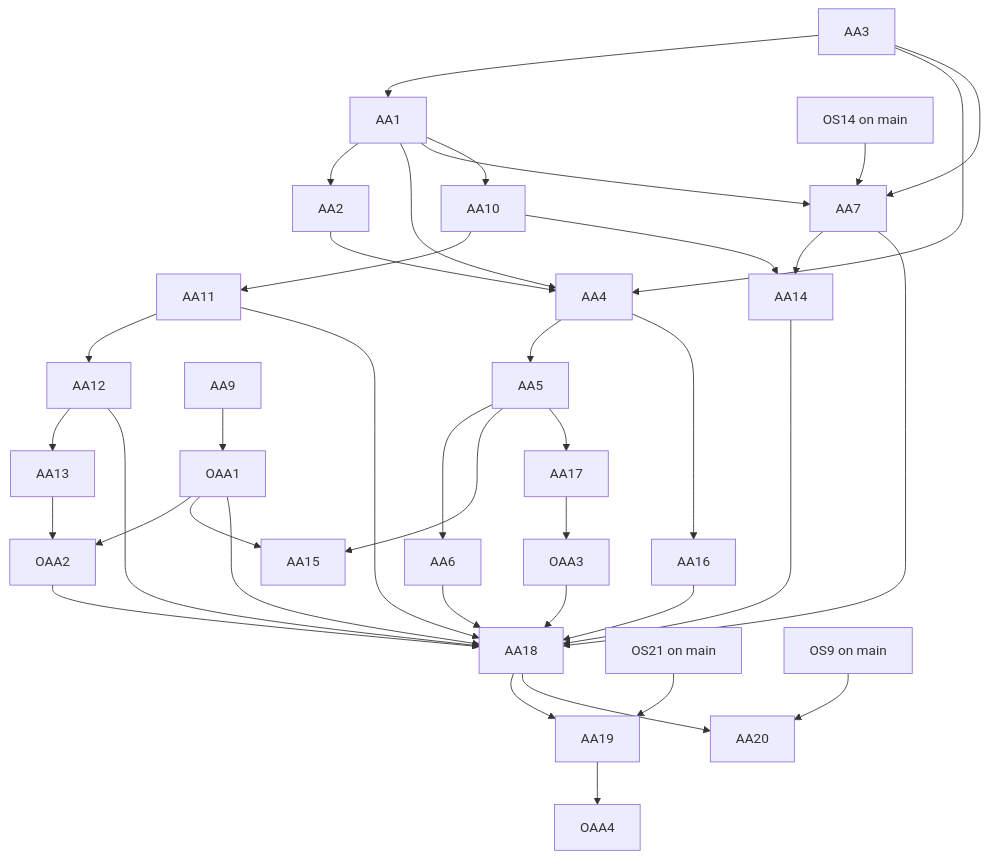
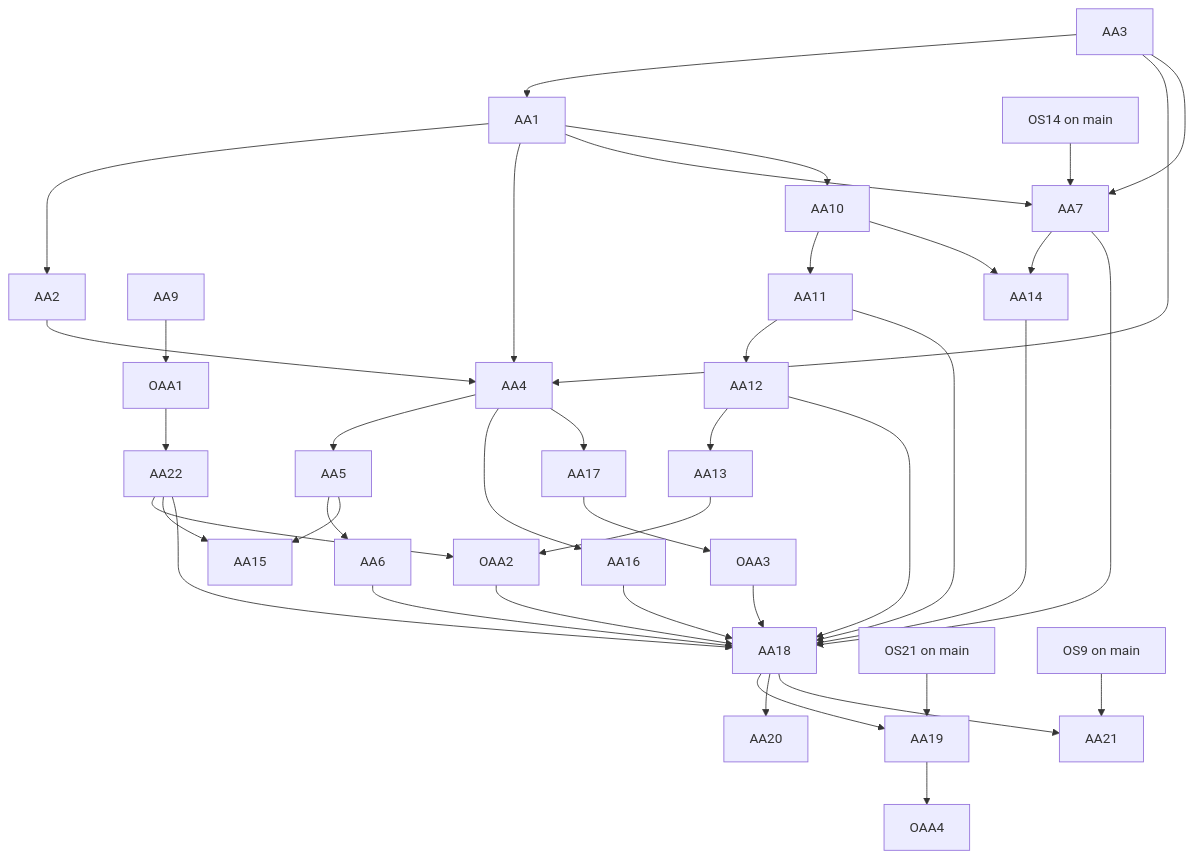
Before and after one commit to diy-accounting-uk/submit.diyaccounting.co.uk: the diagram in PLAN_AMENDED_ACCOUNTS.md, drawn with Mermaid. The commit also changed other lines of this file, not shown here.

````diff
--- a/PLAN_AMENDED_ACCOUNTS.md
+++ b/PLAN_AMENDED_ACCOUNTS.md
@@ -503,41 +522,43 @@
 ```mermaid
 graph TD
   AA3 --> AA1
   AA1 --> AA2
   AA1 --> AA4
   AA2 --> AA4
   AA3 --> AA4
   AA4 --> AA5
   AA5 --> AA6
   AA1 --> AA7
   AA3 --> AA7
   OS14["OS14 on main"] --> AA7
   AA9 --> OAA1
+  OAA1 --> AA22
   AA1 --> AA10
   AA10 --> AA11
   AA11 --> AA12
   AA12 --> AA13
   AA13 --> OAA2
-  OAA1 --> OAA2
+  AA22 --> OAA2
   AA7 --> AA14
   AA10 --> AA14
-  OAA1 --> AA15
+  AA22 --> AA15
   AA5 --> AA15
   AA4 --> AA16
-  AA5 --> AA17
+  AA4 --> AA17
   AA17 --> OAA3
   AA6 --> AA18
   AA7 --> AA18
   AA11 --> AA18
   AA12 --> AA18
   AA14 --> AA18
   AA16 --> AA18
-  OAA1 --> AA18
+  AA22 --> AA18
   OAA2 --> AA18
   OAA3 --> AA18
   AA18 --> AA19
   OS21["OS21 on main"] --> AA19
   AA19 --> OAA4
   AA18 --> AA20
-  OS9["OS9 on main"] --> AA20
+  AA18 --> AA21
+  OS9["OS9 on main"] --> AA21
 ```
````
